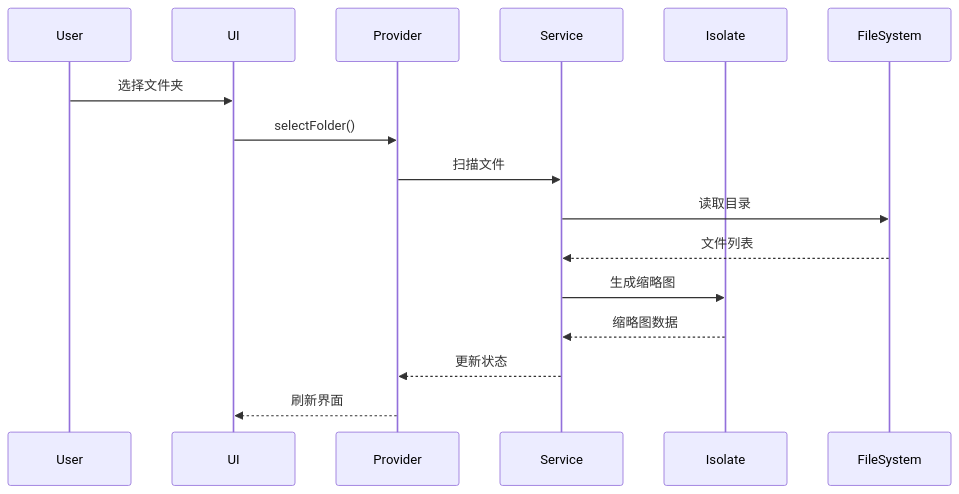
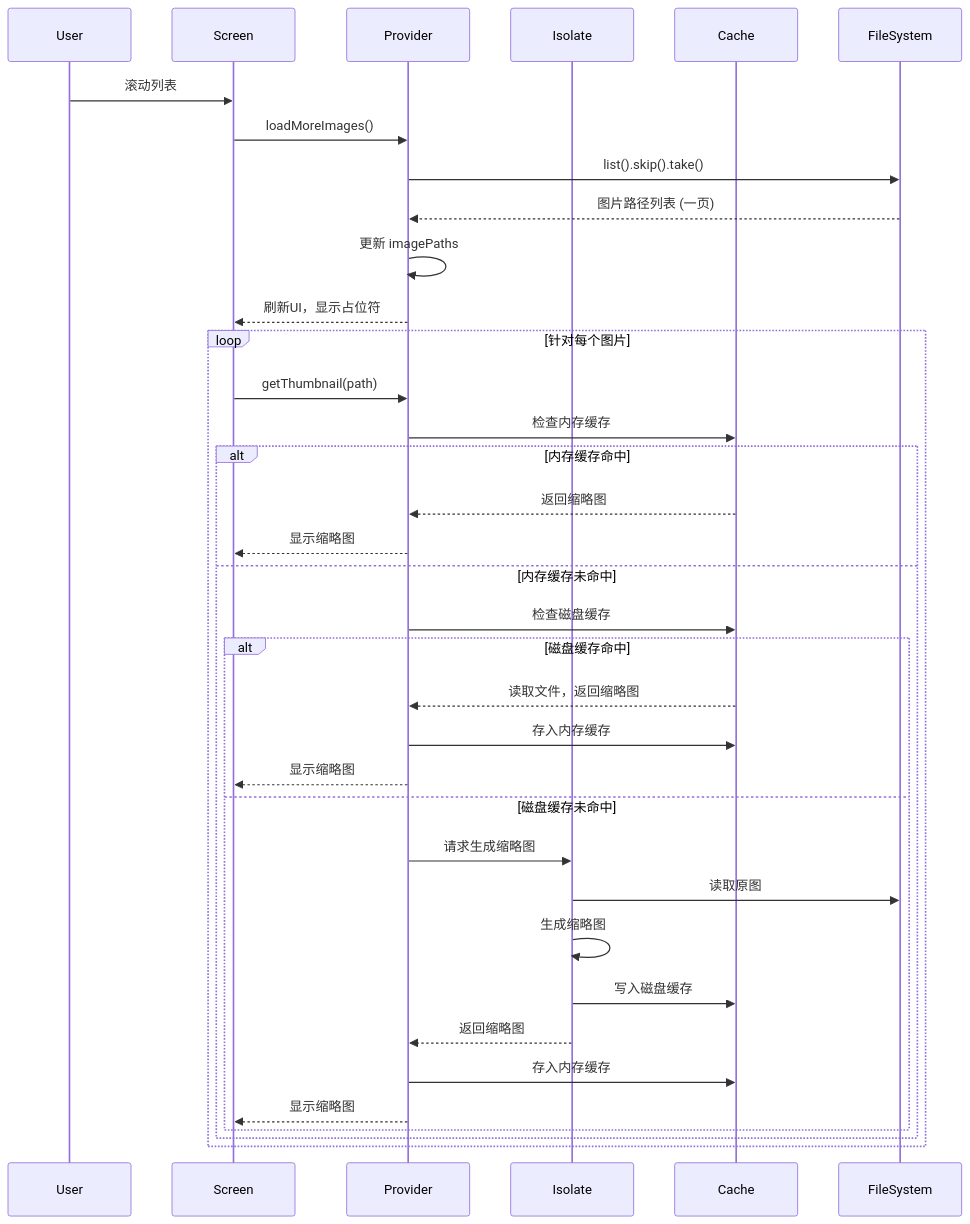
Before and after one commit to OldSuns/Camera_Toolbox: the third of 9 diagrams in memory_bank/architecture.md, drawn with Mermaid. The commit also changed other lines of this file and 15 other files, not shown here.

````diff
--- a/memory_bank/architecture.md
+++ b/memory_bank/architecture.md
@@ -66,19 +66,40 @@
 ```mermaid
 sequenceDiagram
     participant User
-    participant UI
+    participant Screen
     participant Provider
-    participant Service
     participant Isolate
+    participant Cache
     participant FileSystem
-    
-    User->>UI: 选择文件夹
-    UI->>Provider: selectFolder()
-    Provider->>Service: 扫描文件
-    Service->>FileSystem: 读取目录
-    FileSystem-->>Service: 文件列表
-    Service->>Isolate: 生成缩略图
-    Isolate-->>Service: 缩略图数据
-    Service-->>Provider: 更新状态
-    Provider-->>UI: 刷新界面
+
+    User->>Screen: 滚动列表
+    Screen->>Provider: loadMoreImages()
+    Provider->>FileSystem: list().skip().take()
+    FileSystem-->>Provider: 图片路径列表 (一页)
+    Provider->>Provider: 更新 imagePaths
+    Provider-->>Screen: 刷新UI，显示占位符
+
+    loop 针对每个图片
+        Screen->>Provider: getThumbnail(path)
+        Provider->>Cache: 检查内存缓存
+        alt 内存缓存命中
+            Cache-->>Provider: 返回缩略图
+            Provider-->>Screen: 显示缩略图
+        else 内存缓存未命中
+            Provider->>Cache: 检查磁盘缓存
+            alt 磁盘缓存命中
+                Cache-->>Provider: 读取文件，返回缩略图
+                Provider->>Cache: 存入内存缓存
+                Provider-->>Screen: 显示缩略图
+            else 磁盘缓存未命中
+                Provider->>Isolate: 请求生成缩略图
+                Isolate->>FileSystem: 读取原图
+                Isolate->>Isolate: 生成缩略图
+                Isolate->>Cache: 写入磁盘缓存
+                Isolate-->>Provider: 返回缩略图
+                Provider->>Cache: 存入内存缓存
+                Provider-->>Screen: 显示缩略图
+            end
+        end
+    end
 ```
````
